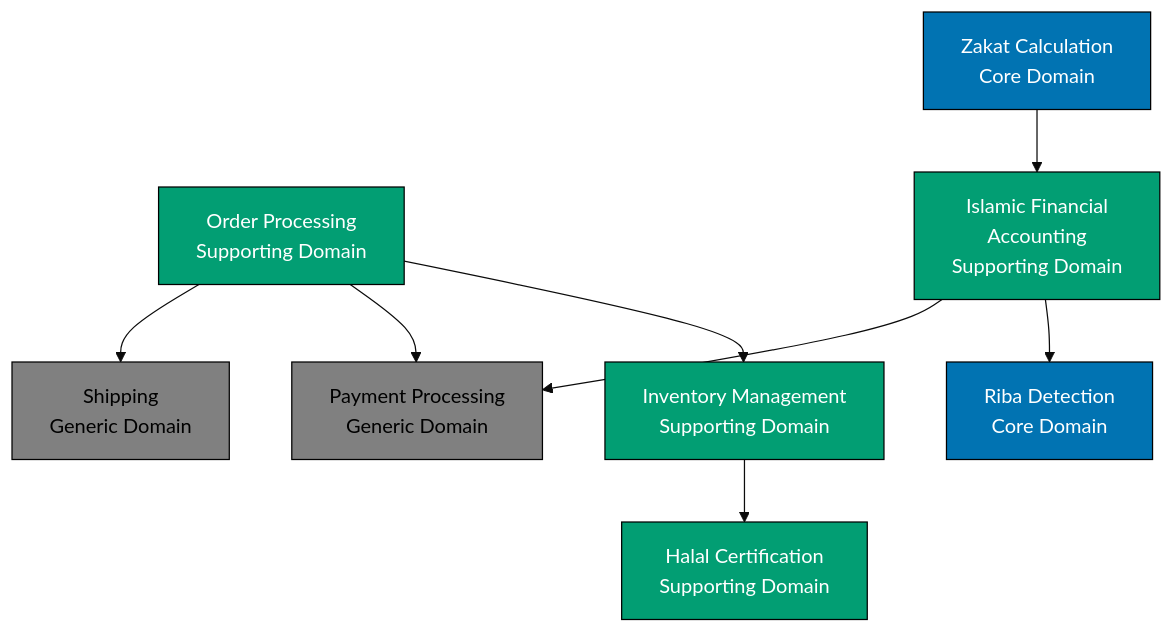
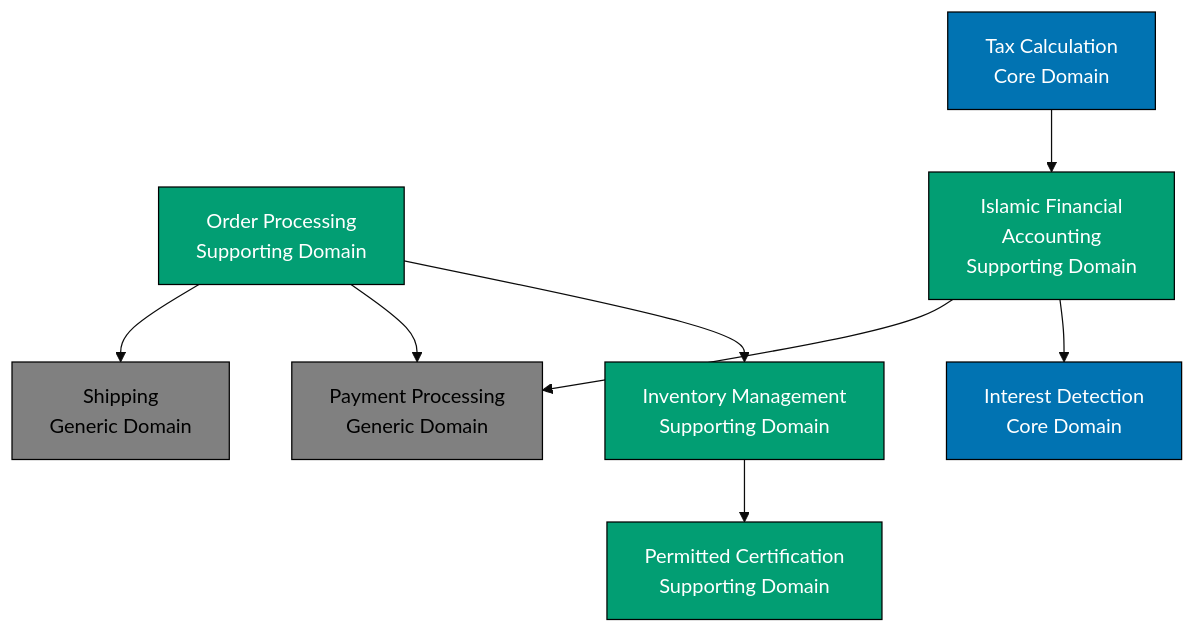
The diagram in docs/explanation/software/architecture/domain-driven-design-ddd/ex-so-ar-dodrdedd__03-bounded-contexts.md (wahidyankf/open-sharia-enterprise), drawn with Mermaid (base theme) before and after one commit. The commit also changed other lines of this file and 94 other files, not shown here.

````diff
--- a/docs/explanation/software/architecture/domain-driven-design-ddd/ex-so-ar-dodrdedd__03-bounded-contexts.md
+++ b/docs/explanation/software/architecture/domain-driven-design-ddd/ex-so-ar-dodrdedd__03-bounded-contexts.md
@@ -201,28 +201,28 @@
 ```mermaid
 graph TD
-    ZC[Zakat Calculation<br/>Core Domain]
-    HC[Halal Certification<br/>Supporting Domain]
+    ZC[Tax Calculation<br/>Core Domain]
+    HC[Permitted Certification<br/>Supporting Domain]
     IM[Inventory Management<br/>Supporting Domain]
     OP[Order Processing<br/>Supporting Domain]
-    RD[Riba Detection<br/>Core Domain]
+    RD[Interest Detection<br/>Core Domain]
     IFA[Islamic Financial<br/>Accounting<br/>Supporting Domain]
     PAY[Payment Processing<br/>Generic Domain]
     SHIP[Shipping<br/>Generic Domain]
 
     OP --> IM
     OP --> PAY
     OP --> SHIP
     IM --> HC
     IFA --> RD
     IFA --> PAY
     ZC --> IFA
 
     style ZC fill:#0173B2,stroke:#000,color:#FFFFFF
     style RD fill:#0173B2,stroke:#000,color:#FFFFFF
     style HC fill:#029E73,stroke:#000,color:#FFFFFF
     style IM fill:#029E73,stroke:#000,color:#FFFFFF
     style OP fill:#029E73,stroke:#000,color:#FFFFFF
     style IFA fill:#029E73,stroke:#000,color:#FFFFFF
     style PAY fill:#808080,stroke:#000,color:#000000
     style SHIP fill:#808080,stroke:#000,color:#000000
 ```
````
